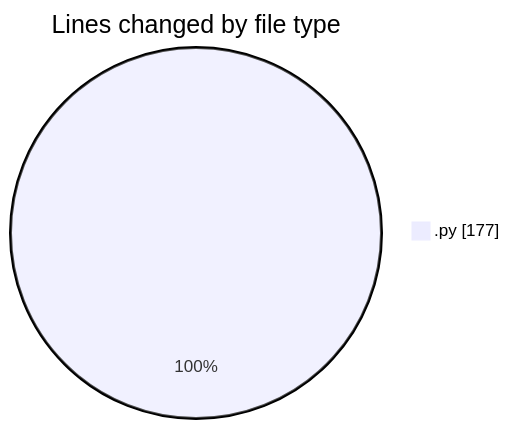
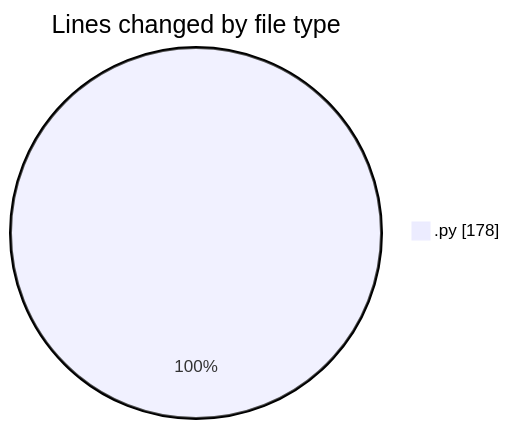
Before and after one commit to julien-gomy/code-tracking: the first of 2 diagrams in 2025-11-24/eventscop-api-guide__workspace_/README.md, drawn with Mermaid. The commit also changed other lines of this file and 1 other file, not shown here.

````diff
--- a/2025-11-24/eventscop-api-guide__workspace_/README.md
+++ b/2025-11-24/eventscop-api-guide__workspace_/README.md
@@ -22,5 +22,5 @@
 ```mermaid
 pie showData
 title Lines changed by file type
-".py" : 177
+".py" : 178
 ```
````
